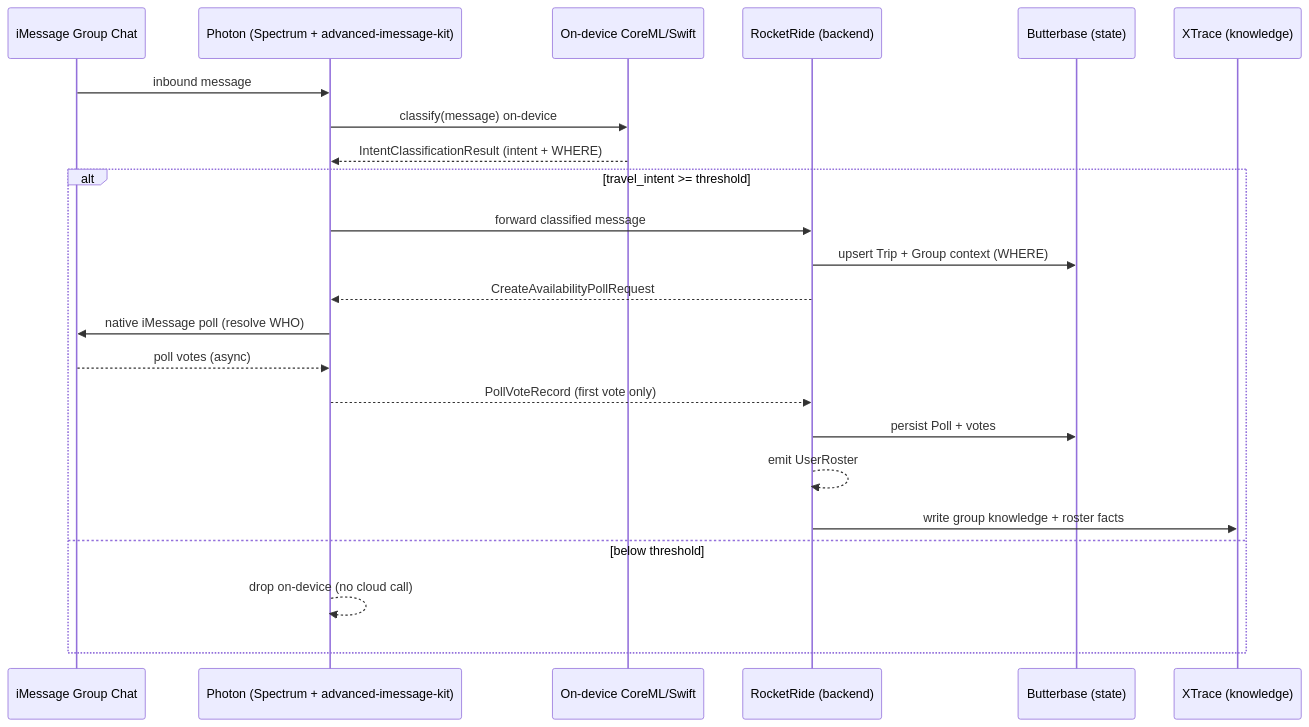
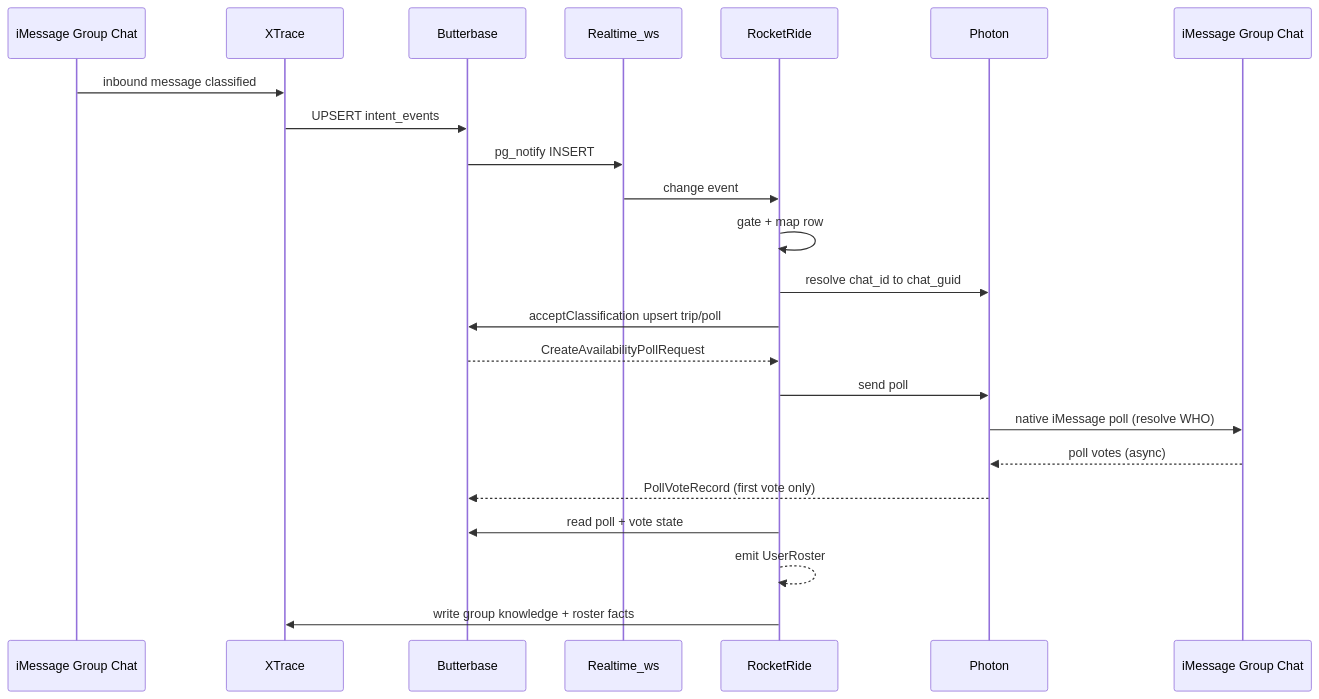
Before and after one commit to pleyva2004/Reunion: the diagram in docs/contracts/intent-to-poll-integration.md, drawn with Mermaid. The commit also changed other lines of this file and 68 other files, not shown here.

First line of the commit message:
Update logs and documentation for Butterbase integration and intent-to-poll flow

````diff
--- a/docs/contracts/intent-to-poll-integration.md
+++ b/docs/contracts/intent-to-poll-integration.md
@@ -35,26 +34,26 @@
 ```mermaid
 sequenceDiagram
     participant Chat as iMessage Group Chat
-    participant PH as Photon (Spectrum + advanced-imessage-kit)
-    participant SW as On-device CoreML/Swift
-    participant RR as RocketRide (backend)
-    participant BB as Butterbase (state)
-    participant XT as XTrace (knowledge)
+    participant XT as XTrace
+    participant BB as Butterbase
+    participant RT as Realtime_ws
+    participant RR as RocketRide
+    participant PH as Photon
+    participant Chat2 as iMessage Group Chat
 
-    Chat->>PH: inbound message
-    PH->>SW: classify(message) on-device
-    SW-->>PH: IntentClassificationResult (intent + WHERE)
-    alt travel_intent >= threshold
-        PH->>RR: forward classified message
-        RR->>BB: upsert Trip + Group context (WHERE)
-        RR-->>PH: CreateAvailabilityPollRequest
-        PH->>Chat: native iMessage poll (resolve WHO)
-        Chat-->>PH: poll votes (async)
-        PH-->>RR: PollVoteRecord (first vote only)
-        RR->>BB: persist Poll + votes
-        RR-->>RR: emit UserRoster
-        RR->>XT: write group knowledge + roster facts
-    else below threshold
-        PH-->>PH: drop on-device (no cloud call)
-    end
+    Chat->>XT: inbound message classified
+    XT->>BB: UPSERT intent_events
+    BB->>RT: pg_notify INSERT
+    RT->>RR: change event
+    RR->>RR: gate + map row
+    RR->>PH: resolve chat_id to chat_guid
+    RR->>BB: acceptClassification upsert trip/poll
+    BB-->>RR: CreateAvailabilityPollRequest
+    RR->>PH: send poll
+    PH->>Chat2: native iMessage poll (resolve WHO)
+    Chat2-->>PH: poll votes (async)
+    PH-->>BB: PollVoteRecord (first vote only)
+    RR->>BB: read poll + vote state
+    RR-->>RR: emit UserRoster
+    RR->>XT: write group knowledge + roster facts
 ```
````
